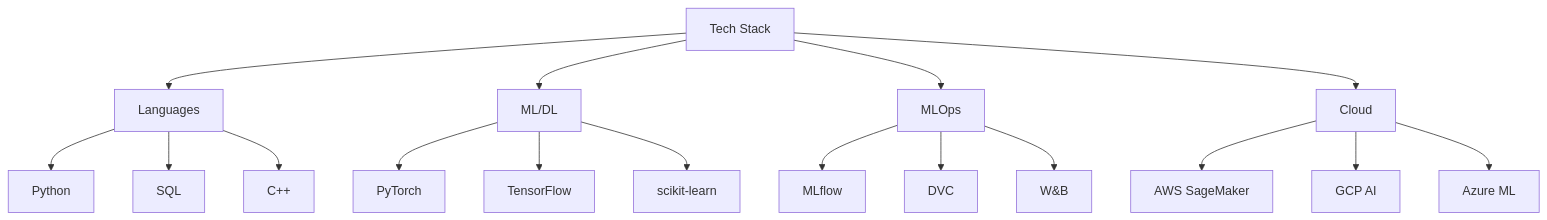
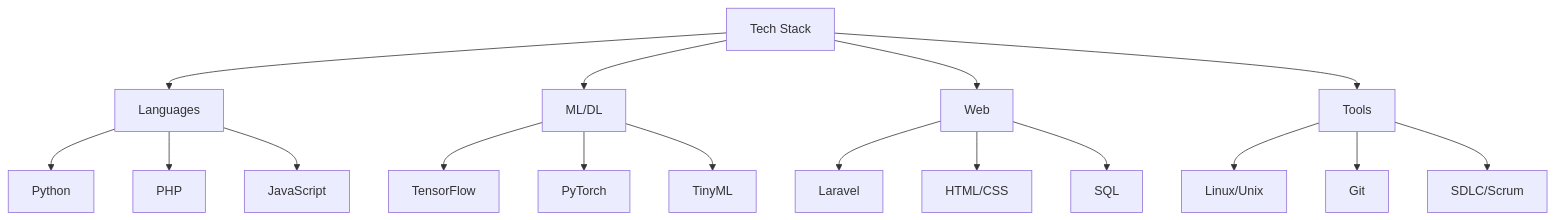
Before and after one commit to X-eyn/X-eyn: the diagram in README.md, drawn with Mermaid. The commit also changed other lines of this file, not shown here.

````diff
--- a/README.md
+++ b/README.md
@@ -36,23 +36,23 @@
 ```mermaid
 graph TD
     A[Tech Stack] --> B[Languages]
     A --> C[ML/DL]
-    A --> D[MLOps]
-    A --> E[Cloud]
+    A --> D[Web]
+    A --> E[Tools]
     
     B --> B1[Python]
-    B --> B2[SQL]
-    B --> B3[C++]
+    B --> B2[PHP]
+    B --> B3[JavaScript]
     
-    C --> C1[PyTorch]
-    C --> C2[TensorFlow]
-    C --> C3[scikit-learn]
+    C --> C1[TensorFlow]
+    C --> C2[PyTorch]
+    C --> C3[TinyML]
     
-    D --> D1[MLflow]
-    D --> D2[DVC]
-    D --> D3[W&B]
+    D --> D1[Laravel]
+    D --> D2[HTML/CSS]
+    D --> D3[SQL]
     
-    E --> E1[AWS SageMaker]
-    E --> E2[GCP AI]
-    E --> E3[Azure ML]
+    E --> E1[Linux/Unix]
+    E --> E2[Git]
+    E --> E3[SDLC/Scrum]
 ```
````
